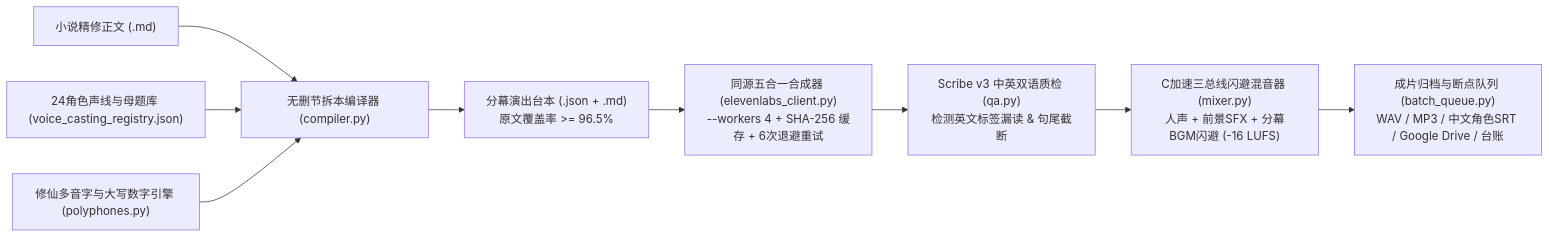
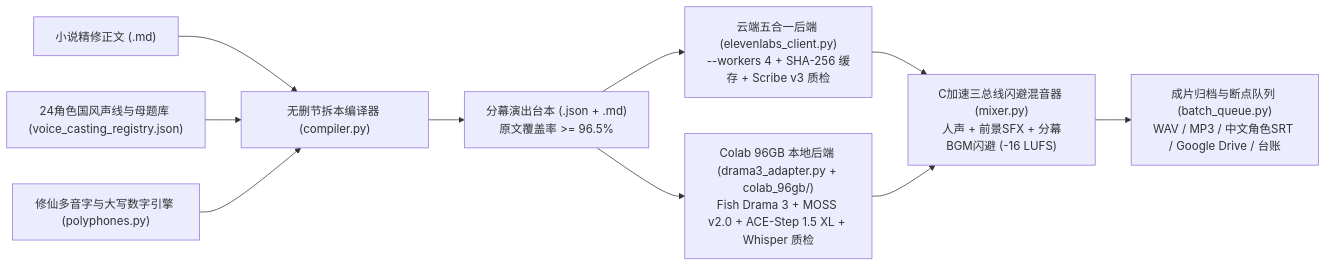
The diagram in docs/OPTIMIZATIONS.md (riversxiao/aigc-audio-pipeline), drawn with Mermaid before and after one commit. The commit also changed other lines of this file and 15 other files, not shown here.

Commit message:
feat(drama3): add v1.1.0 Colab 96GB Fish Drama 3 + MOSS v2 + ACE-Step 1.5 XL studio backend

````diff
--- a/docs/OPTIMIZATIONS.md
+++ b/docs/OPTIMIZATIONS.md
@@ -9,11 +9,12 @@
 ```mermaid
 flowchart LR
     A["小说精修正文 (.md)"] --> B["无删节拆本编译器 (compiler.py)"]
-    R["24角色声线与母题库 (voice_casting_registry.json)"] --> B
+    R["24角色国风声线与母题库 (voice_casting_registry.json)"] --> B
     P["修仙多音字与大写数字引擎 (polyphones.py)"] --> B
     B --> C["分幕演出台本 (.json + .md)\n原文覆盖率 >= 96.5%"]
-    C --> D["同源五合一合成器 (elevenlabs_client.py)\n--workers 4 + SHA-256 缓存 + 6次退避重试"]
-    D --> Q["Scribe v3 中英双语质检 (qa.py)\n检测英文标签漏读 & 句尾截断"]
-    Q --> M["C加速三总线闪避混音器 (mixer.py)\n人声 + 前景SFX + 分幕BGM闪避 (-16 LUFS)"]
+    C --> D1["云端五合一后端 (elevenlabs_client.py)\n--workers 4 + SHA-256 缓存 + Scribe v3 质检"]
+    C --> D2["Colab 96GB 本地后端 (drama3_adapter.py + colab_96gb/)\nFish Drama 3 + MOSS v2.0 + ACE-Step 1.5 XL + Whisper 质检"]
+    D1 --> M["C加速三总线闪避混音器 (mixer.py)\n人声 + 前景SFX + 分幕BGM闪避 (-16 LUFS)"]
+    D2 --> M
     M --> O["成片归档与断点队列 (batch_queue.py)\nWAV / MP3 / 中文角色SRT / Google Drive / 台账"]
 ```
````
